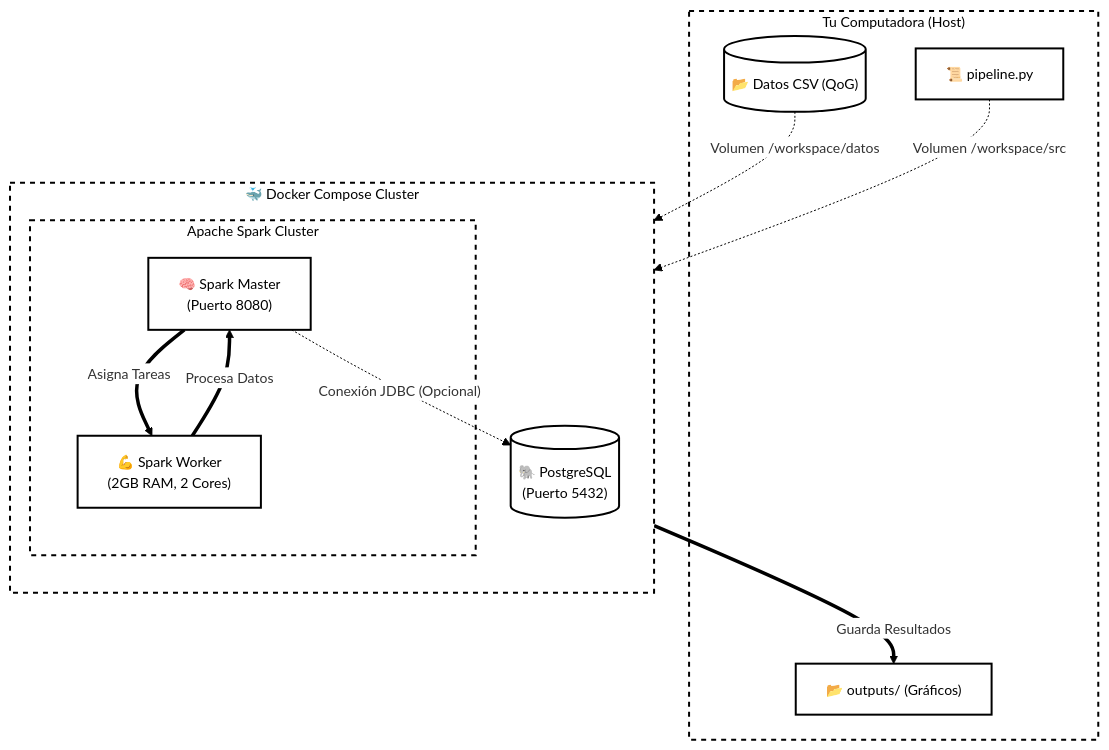
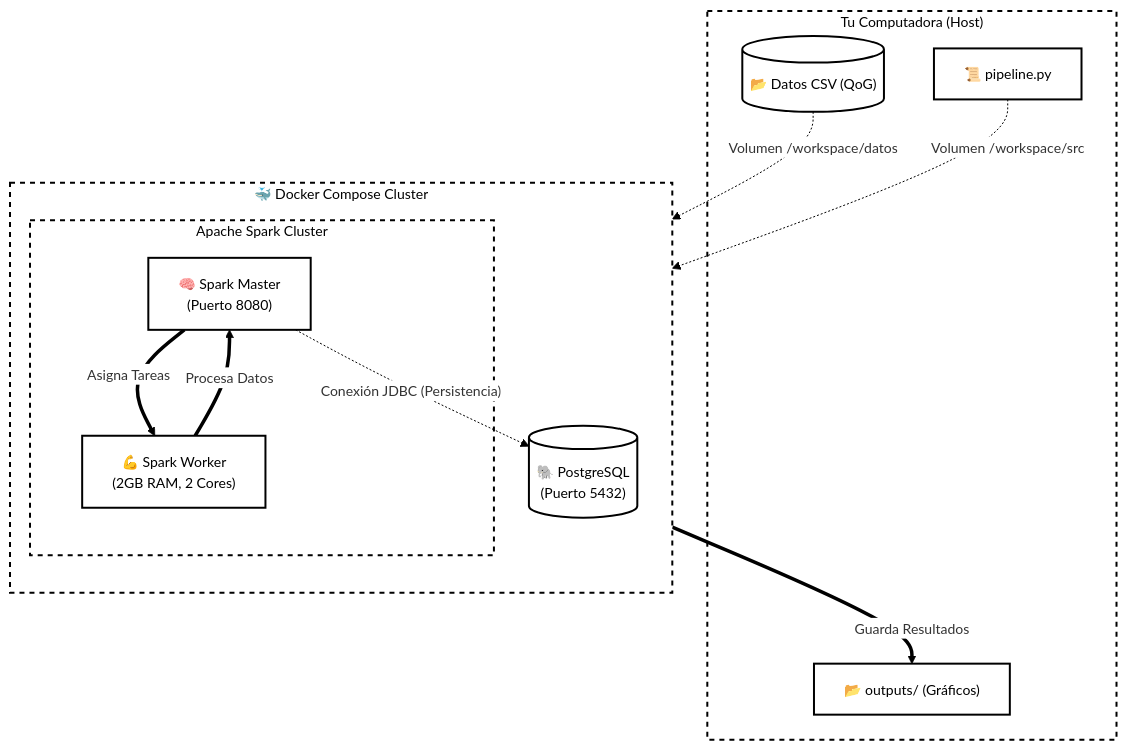
Before and after one commit to CarlosRivasplata/ejercicios-bigdata: the first of 2 diagrams in entregas/trabajo_final/rivasplata_carlos/01_README.md, drawn with Mermaid. The commit also changed other lines of this file and 6 other files, not shown here.

````diff
--- a/entregas/trabajo_final/rivasplata_carlos/01_README.md
+++ b/entregas/trabajo_final/rivasplata_carlos/01_README.md
@@ -72,35 +72,35 @@
 ```mermaid
 %%{init: {'theme': 'base', 'themeVariables': { 'primaryColor': '#ffffff', 'edgeLabelBackground':'#ffffff', 'tertiaryColor': '#ffffff', 'mainBkg': '#ffffff', 'nodeBorder': '#000000', 'lineColor': '#000000', 'fontFamily': 'arial', 'fontSize': '14px'}}}%%
 graph TD
     subgraph Host_Machine ["Tu Computadora (Host)"]
         CSV[("📂 Datos CSV (QoG)")]
         Code["📜 pipeline.py"]
         Output_Local["📂 outputs/ (Gráficos)"]
     end
 
     subgraph Docker_Environment ["🐳 Docker Compose Cluster"]
         direction TB
         
         subgraph Spark_Cluster ["Apache Spark Cluster"]
             Master["🧠 Spark Master<br>(Puerto 8080)"]
             Worker["💪 Spark Worker<br>(2GB RAM, 2 Cores)"]
         end
         
         Postgres[("🐘 PostgreSQL<br>(Puerto 5432)")]
     end
 
     %% Conexiones de Volúmenes
     CSV -.-> |Volumen /workspace/datos| Master
     Code -.-> |Volumen /workspace/src| Master
     
     %% Flujo de Datos (Flechas gruesas)
     Master ==> |Asigna Tareas| Worker
     Worker ==> |Procesa Datos| Master
     Master ==> |Guarda Resultados| Output_Local
-    Master -.-> |"Conexión JDBC (Opcional)"| Postgres
+    Master -.-> |"Conexión JDBC (Persistencia)"| Postgres
 
     %% Estilos Globales Profesionales
     classDef default fill:#fff,stroke:#000,stroke-width:2px,color:#000;
     classDef cluster fill:#fff,stroke:#000,stroke-width:2px,color:#000,stroke-dasharray: 5 5;
     class Host_Machine,Docker_Environment,Spark_Cluster cluster;
 ```
````
